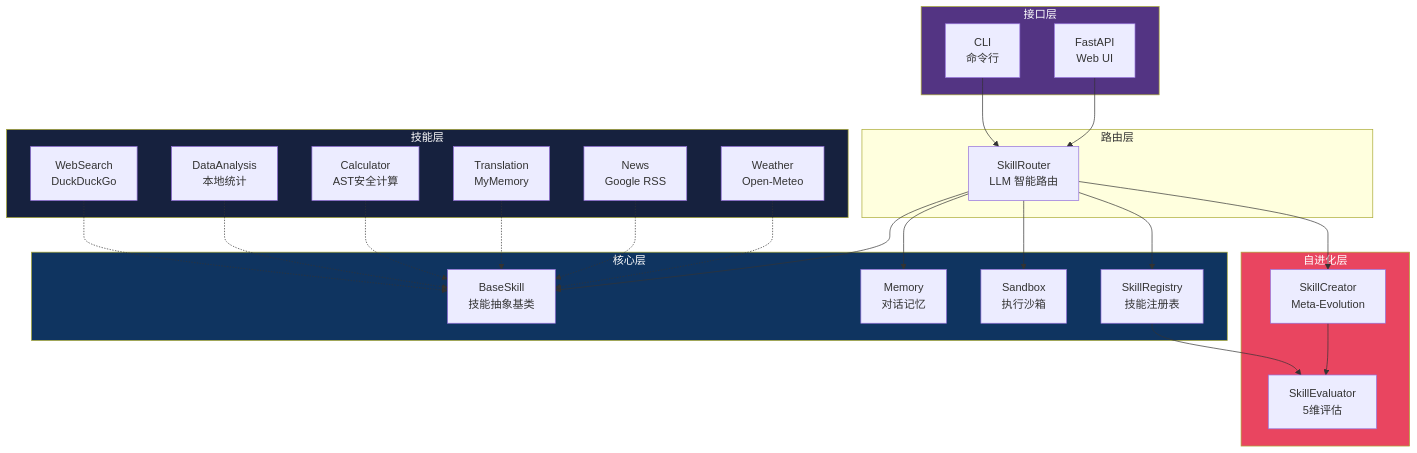
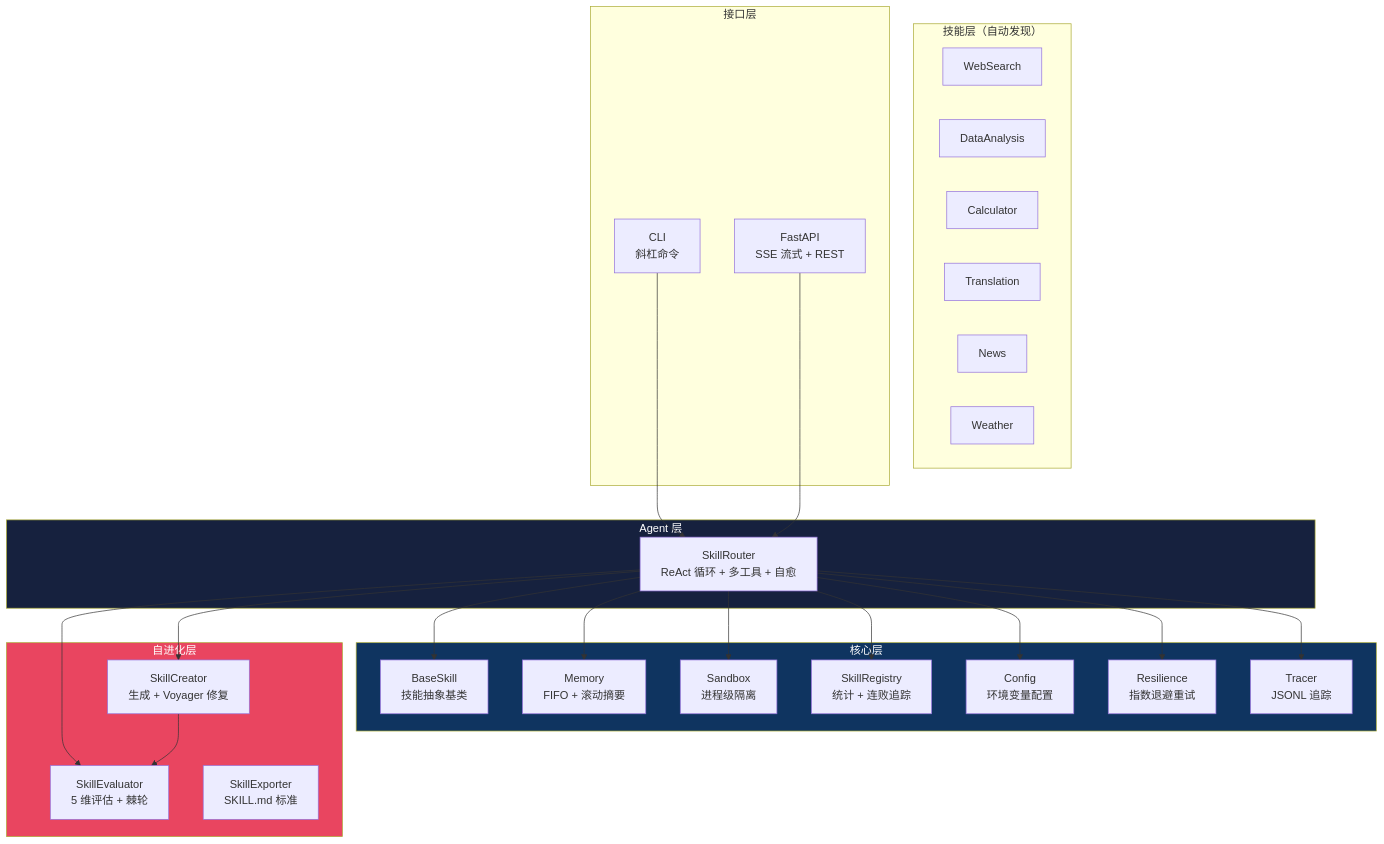
The third of 3 diagrams in README.md (Wayhhow/Synapse), drawn with Mermaid before and after one commit. The commit also changed other lines of this file and 36 other files, not shown here.

````diff
--- a/README.md
+++ b/README.md
@@ -54,55 +151,46 @@
 ```mermaid
 graph TB
     subgraph Core["核心层"]
         BS[BaseSkill<br/>技能抽象基类]
-        MM[Memory<br/>对话记忆]
-        SB[Sandbox<br/>执行沙箱]
-        SR[SkillRegistry<br/>技能注册表]
+        MM[Memory<br/>FIFO + 滚动摘要]
+        SB[Sandbox<br/>进程级隔离]
+        SR[SkillRegistry<br/>统计 + 连败追踪]
+        CF[Config<br/>环境变量配置]
+        RS[Resilience<br/>指数退避重试]
+        TR[Tracer<br/>JSONL 追踪]
     end
 
-    subgraph Router["路由层"]
-        SKR[SkillRouter<br/>LLM 智能路由]
+    subgraph Router["Agent 层"]
+        SKR[SkillRouter<br/>ReAct 循环 + 多工具 + 自愈]
     end
 
     subgraph Meta["自进化层"]
-        SC[SkillCreator<br/>Meta-Evolution]
-        SE[SkillEvaluator<br/>5维评估]
+        SC[SkillCreator<br/>生成 + Voyager 修复]
+        SE[SkillEvaluator<br/>5 维评估 + 棘轮]
+        SPE[SkillExporter<br/>SKILL.md 标准]
     end
 
-    subgraph Skills["技能层"]
-        WS[WebSearch<br/>DuckDuckGo]
-        DA[DataAnalysis<br/>本地统计]
-        CL[Calculator<br/>AST安全计算]
-        TR[Translation<br/>MyMemory]
-        NS[News<br/>Google RSS]
-        WT[Weather<br/>Open-Meteo]
+    subgraph Skills["技能层（自动发现）"]
+        WS[WebSearch]
+        DA[DataAnalysis]
+        CL[Calculator]
+        TR2[Translation]
+        NS[News]
+        WT[Weather]
     end
 
     subgraph Web["接口层"]
-        CLI[CLI<br/>命令行]
-        API[FastAPI<br/>Web UI]
+        CLI[CLI<br/>斜杠命令]
+        API[FastAPI<br/>SSE 流式 + REST]
     end
 
-    SKR --> BS
-    SKR --> MM
-    SKR --> SB
-    SKR --> SR
-    SKR --> SC
-    SR --> SE
+    SKR --> CF & RS & TR
+    SKR --> BS & MM & SB & SR
+    SKR --> SC & SE
     SC --> SE
-
-    CLI --> SKR
-    API --> SKR
-
-    WS -.-> BS
-    DA -.-> BS
-    CL -.-> BS
-    TR -.-> BS
-    NS -.-> BS
-    WT -.-> BS
+    CLI & API --> SKR
 
     style Meta fill:#e94560,color:#fff
     style Core fill:#0f3460,color:#fff
-    style Skills fill:#16213e,color:#fff
-    style Web fill:#533483,color:#fff
+    style Router fill:#16213e,color:#fff
 ```
````
